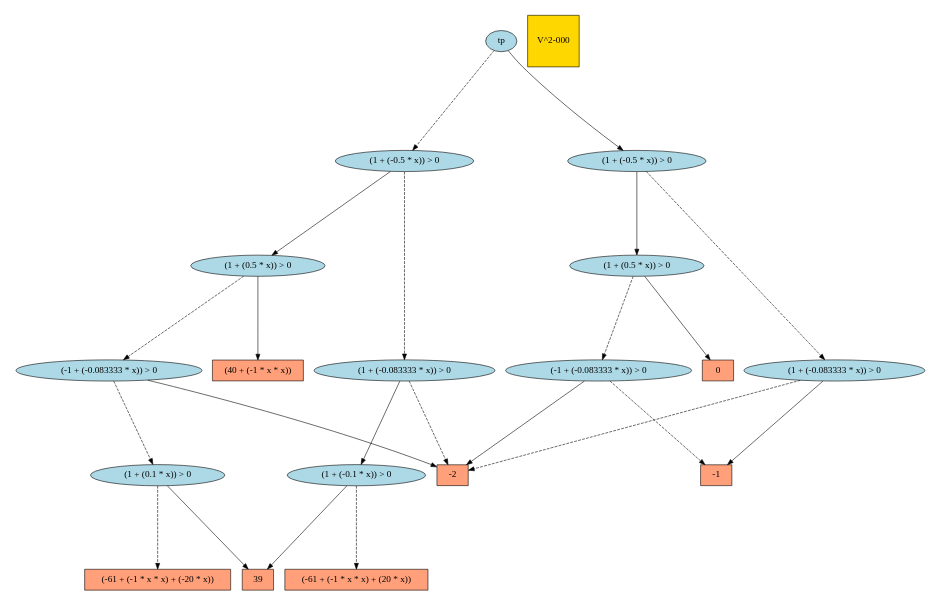
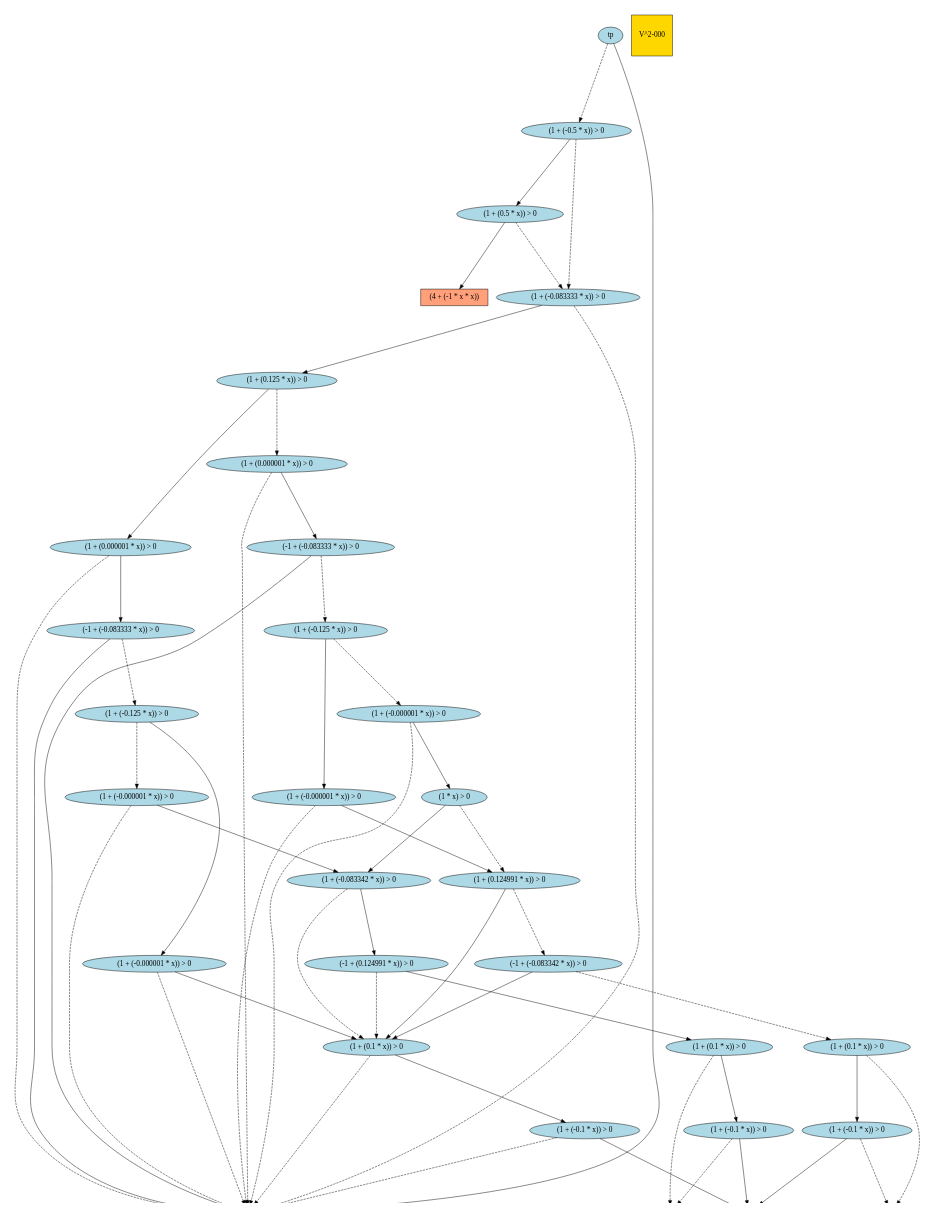
One commit to ssanner/xadd-inference changed the diagram in src/camdp/ex/jair/results/Rover-nonlinear5-1.cmdp.V_2-000.dot. Above: the diagram before and after it, drawn with Graphviz. The commit also changed 269 other files, not shown here.

```diff
--- a/src/camdp/ex/jair/results/Rover-nonlinear5-1.cmdp.V_2-000.dot
+++ b/src/camdp/ex/jair/results/Rover-nonlinear5-1.cmdp.V_2-000.dot
@@ -1,46 +1,89 @@
 digraph G { 
 graph [ fontname = "Helvetica",fontsize="16",ratio = "auto",
         size="7.5,10",ranksep="2.00" ];
 node [fontsize="16"];
-"763" [label="(1 + (0.5 * x)) > 0",fillcolor=lightblue,color=black,shape=ellipse,style=filled];
-"764" [label="(1 + (-0.5 * x)) > 0",fillcolor=lightblue,color=black,shape=ellipse,style=filled];
-"941" [label="(1 + (-0.5 * x)) > 0",fillcolor=lightblue,color=black,shape=ellipse,style=filled];
-"942" [label="tp",fillcolor=lightblue,color=black,shape=ellipse,style=filled];
-"930" [label="(1 + (0.5 * x)) > 0",fillcolor=lightblue,color=black,shape=ellipse,style=filled];
-"304" [label="(-61 + (-1 * x * x) + (-20 * x))",fillcolor=lightsalmon,color=black,shape=box,style=filled];
-"475" [label="(1 + (0.1 * x)) > 0",fillcolor=lightblue,color=black,shape=ellipse,style=filled];
-"921" [label="(-1 + (-0.083333 * x)) > 0",fillcolor=lightblue,color=black,shape=ellipse,style=filled];
-"12" [label="-1",fillcolor=lightsalmon,color=black,shape=box,style=filled];
-"747" [label="(-1 + (-0.083333 * x)) > 0",fillcolor=lightblue,color=black,shape=ellipse,style=filled];
+"336" [label="(1 + (-0.1 * x)) > 0",fillcolor=lightblue,color=black,shape=ellipse,style=filled];
+"337" [label="(1 + (0.1 * x)) > 0",fillcolor=lightblue,color=black,shape=ellipse,style=filled];
+"334" [label="(1 + (-0.1 * x)) > 0",fillcolor=lightblue,color=black,shape=ellipse,style=filled];
+"335" [label="(1 + (0.1 * x)) > 0",fillcolor=lightblue,color=black,shape=ellipse,style=filled];
+"288" [label="(1 + (-0.000001 * x)) > 0",fillcolor=lightblue,color=black,shape=ellipse,style=filled];
+"364" [label="(1 + (-0.000001 * x)) > 0",fillcolor=lightblue,color=black,shape=ellipse,style=filled];
+"608" [label="tp",fillcolor=lightblue,color=black,shape=ellipse,style=filled];
+"519" [label="(1 + (-0.125 * x)) > 0",fillcolor=lightblue,color=black,shape=ellipse,style=filled];
+"518" [label="(1 + (0.000001 * x)) > 0",fillcolor=lightblue,color=black,shape=ellipse,style=filled];
+"517" [label="(-1 + (-0.083333 * x)) > 0",fillcolor=lightblue,color=black,shape=ellipse,style=filled];
+"605" [label="(1 + (-0.5 * x)) > 0",fillcolor=lightblue,color=black,shape=ellipse,style=filled];
+"604" [label="(1 + (0.5 * x)) > 0",fillcolor=lightblue,color=black,shape=ellipse,style=filled];
+"516" [label="(1 + (-0.125 * x)) > 0",fillcolor=lightblue,color=black,shape=ellipse,style=filled];
+"266" [label="(1 + (-0.1 * x)) > 0",fillcolor=lightblue,color=black,shape=ellipse,style=filled];
+"515" [label="(1 + (-0.000001 * x)) > 0",fillcolor=lightblue,color=black,shape=ellipse,style=filled];
+"514" [label="(1 * x) > 0",fillcolor=lightblue,color=black,shape=ellipse,style=filled];
+"200" [label="(-96 + (-1 * x * x) + (-20 * x))",fillcolor=lightsalmon,color=black,shape=box,style=filled];
+"341" [label="(1 + (0.124991 * x)) > 0",fillcolor=lightblue,color=black,shape=ellipse,style=filled];
+"345" [label="(-1 + (0.124991 * x)) > 0",fillcolor=lightblue,color=black,shape=ellipse,style=filled];
+"346" [label="(1 + (-0.083342 * x)) > 0",fillcolor=lightblue,color=black,shape=ellipse,style=filled];
+"522" [label="(1 + (0.125 * x)) > 0",fillcolor=lightblue,color=black,shape=ellipse,style=filled];
+"521" [label="(1 + (0.000001 * x)) > 0",fillcolor=lightblue,color=black,shape=ellipse,style=filled];
 "1" [label="0",fillcolor=lightsalmon,color=black,shape=box,style=filled];
-"287" [label="(-61 + (-1 * x * x) + (20 * x))",fillcolor=lightsalmon,color=black,shape=box,style=filled];
-"458" [label="(1 + (-0.1 * x)) > 0",fillcolor=lightblue,color=black,shape=ellipse,style=filled];
-"160" [label="-2",fillcolor=lightsalmon,color=black,shape=box,style=filled];
-"884" [label="(1 + (-0.083333 * x)) > 0",fillcolor=lightblue,color=black,shape=ellipse,style=filled];
-"8" [label="(40 + (-1 * x * x))",fillcolor=lightsalmon,color=black,shape=box,style=filled];
-"561" [label="(1 + (-0.083333 * x)) > 0",fillcolor=lightblue,color=black,shape=ellipse,style=filled];
-"267" [label="39",fillcolor=lightsalmon,color=black,shape=box,style=filled];
+"523" [label="(1 + (-0.083333 * x)) > 0",fillcolor=lightblue,color=black,shape=ellipse,style=filled];
+"279" [label="(1 + (0.1 * x)) > 0",fillcolor=lightblue,color=black,shape=ellipse,style=filled];
+"184" [label="(-96 + (-1 * x * x) + (20 * x))",fillcolor=lightsalmon,color=black,shape=box,style=filled];
+"520" [label="(-1 + (-0.083333 * x)) > 0",fillcolor=lightblue,color=black,shape=ellipse,style=filled];
+"340" [label="(-1 + (-0.083342 * x)) > 0",fillcolor=lightblue,color=black,shape=ellipse,style=filled];
+"5" [label="4",fillcolor=lightsalmon,color=black,shape=box,style=filled];
+"358" [label="(1 + (-0.000001 * x)) > 0",fillcolor=lightblue,color=black,shape=ellipse,style=filled];
+"8" [label="(4 + (-1 * x * x))",fillcolor=lightsalmon,color=black,shape=box,style=filled];
 "_temp_" [label="V^2-000",fillcolor=gold1,color=black,shape=square,style=filled];
-"763" -> "747" [color=black,style=dashed];
-"763" -> "8" [color=black,style=solid];
-"764" -> "763" [color=black,style=solid];
-"764" -> "561" [color=black,style=dashed];
-"941" -> "930" [color=black,style=solid];
-"941" -> "884" [color=black,style=dashed];
-"942" -> "764" [color=black,style=dashed];
-"942" -> "941" [color=black,style=solid];
-"930" -> "1" [color=black,style=solid];
-"930" -> "921" [color=black,style=dashed];
-"475" -> "304" [color=black,style=dashed];
-"475" -> "267" [color=black,style=solid];
-"921" -> "160" [color=black,style=solid];
-"921" -> "12" [color=black,style=dashed];
-"747" -> "160" [color=black,style=solid];
-"747" -> "475" [color=black,style=dashed];
-"458" -> "287" [color=black,style=dashed];
-"458" -> "267" [color=black,style=solid];
-"884" -> "160" [color=black,style=dashed];
-"884" -> "12" [color=black,style=solid];
-"561" -> "458" [color=black,style=solid];
-"561" -> "160" [color=black,style=dashed];
+"336" -> "184" [color=black,style=dashed];
+"336" -> "5" [color=black,style=solid];
+"337" -> "184" [color=black,style=dashed];
+"337" -> "336" [color=black,style=solid];
+"334" -> "5" [color=black,style=solid];
+"334" -> "200" [color=black,style=dashed];
+"335" -> "200" [color=black,style=dashed];
+"335" -> "334" [color=black,style=solid];
+"288" -> "1" [color=black,style=dashed];
+"288" -> "279" [color=black,style=solid];
+"364" -> "1" [color=black,style=dashed];
+"364" -> "346" [color=black,style=solid];
+"608" -> "1" [color=black,style=solid];
+"608" -> "605" [color=black,style=dashed];
+"519" -> "288" [color=black,style=solid];
+"519" -> "364" [color=black,style=dashed];
+"518" -> "1" [color=black,style=dashed];
+"518" -> "517" [color=black,style=solid];
+"517" -> "1" [color=black,style=solid];
+"517" -> "516" [color=black,style=dashed];
+"605" -> "523" [color=black,style=dashed];
+"605" -> "604" [color=black,style=solid];
+"604" -> "523" [color=black,style=dashed];
+"604" -> "8" [color=black,style=solid];
+"516" -> "358" [color=black,style=solid];
+"516" -> "515" [color=black,style=dashed];
+"266" -> "1" [color=black,style=dashed];
+"266" -> "5" [color=black,style=solid];
+"515" -> "1" [color=black,style=dashed];
+"515" -> "514" [color=black,style=solid];
+"514" -> "341" [color=black,style=dashed];
+"514" -> "346" [color=black,style=solid];
+"341" -> "279" [color=black,style=solid];
+"341" -> "340" [color=black,style=dashed];
+"345" -> "279" [color=black,style=dashed];
+"345" -> "337" [color=black,style=solid];
+"346" -> "279" [color=black,style=dashed];
+"346" -> "345" [color=black,style=solid];
+"522" -> "521" [color=black,style=solid];
+"522" -> "518" [color=black,style=dashed];
+"521" -> "1" [color=black,style=dashed];
+"521" -> "520" [color=black,style=solid];
+"523" -> "522" [color=black,style=solid];
+"523" -> "1" [color=black,style=dashed];
+"279" -> "1" [color=black,style=dashed];
+"279" -> "266" [color=black,style=solid];
+"520" -> "1" [color=black,style=solid];
+"520" -> "519" [color=black,style=dashed];
+"340" -> "279" [color=black,style=solid];
+"340" -> "335" [color=black,style=dashed];
+"358" -> "1" [color=black,style=dashed];
+"358" -> "341" [color=black,style=solid];
 }
```
